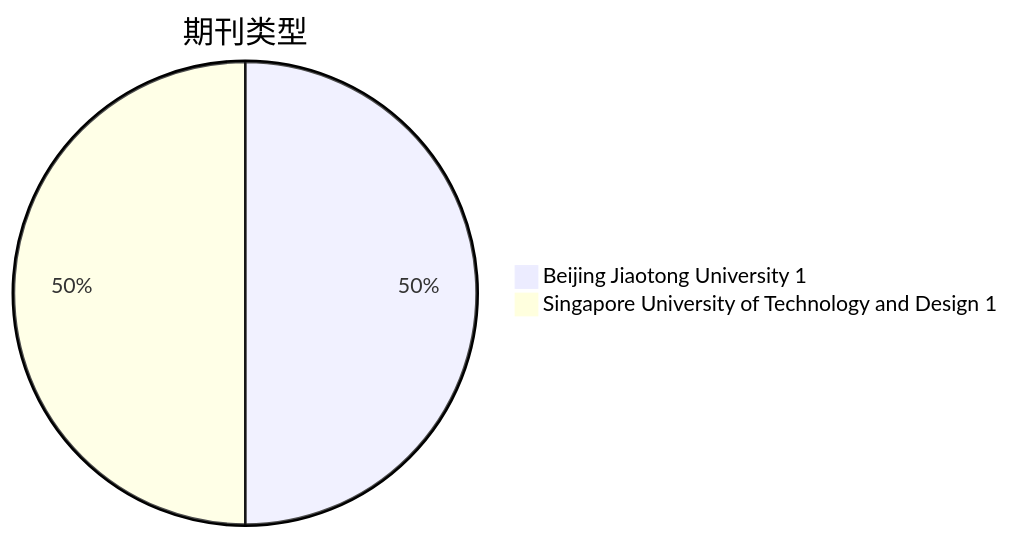
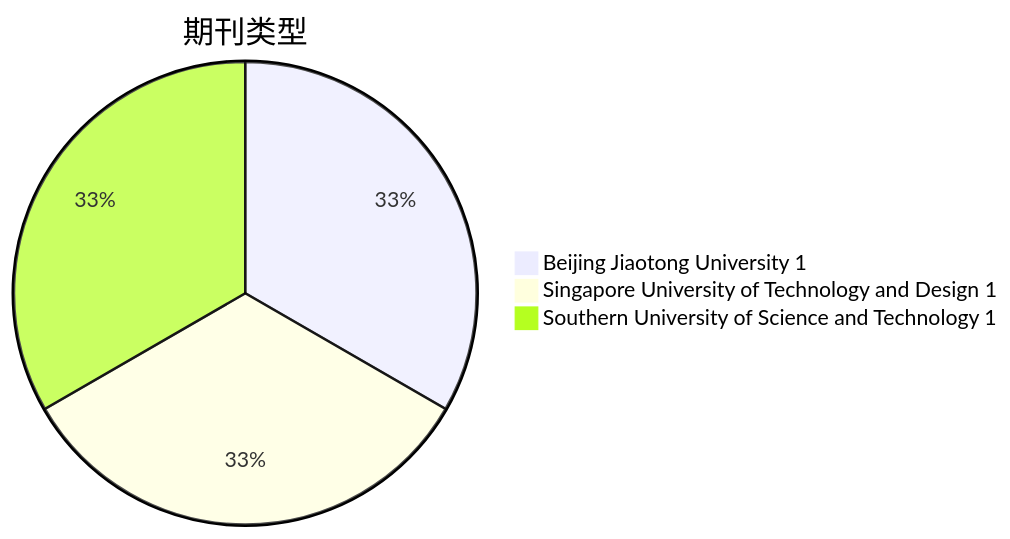
Before and after one commit to Elephant-King9/Paper: the third of 6 diagrams in Attack/Adversarial_Attack/VLP/analyse.md, drawn with Mermaid. The commit also changed other lines of this file and 5 other files, not shown here.

````diff
--- a/Attack/Adversarial_Attack/VLP/analyse.md
+++ b/Attack/Adversarial_Attack/VLP/analyse.md
@@ -29,5 +30,6 @@
 ```mermaid
 pie title 期刊类型
  "Beijing Jiaotong University 1" : 1
  "Singapore University of Technology and Design 1" : 1
+ "Southern University of Science and Technology 1" : 1
 ```
````
